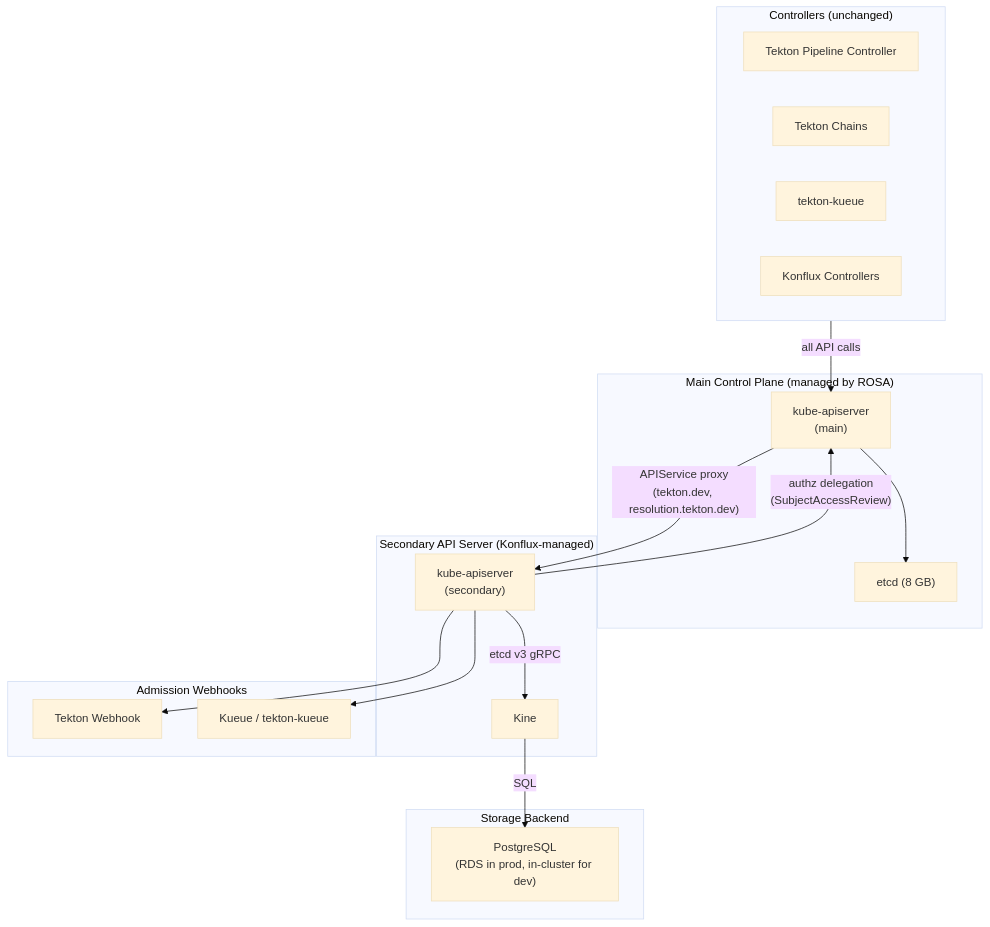
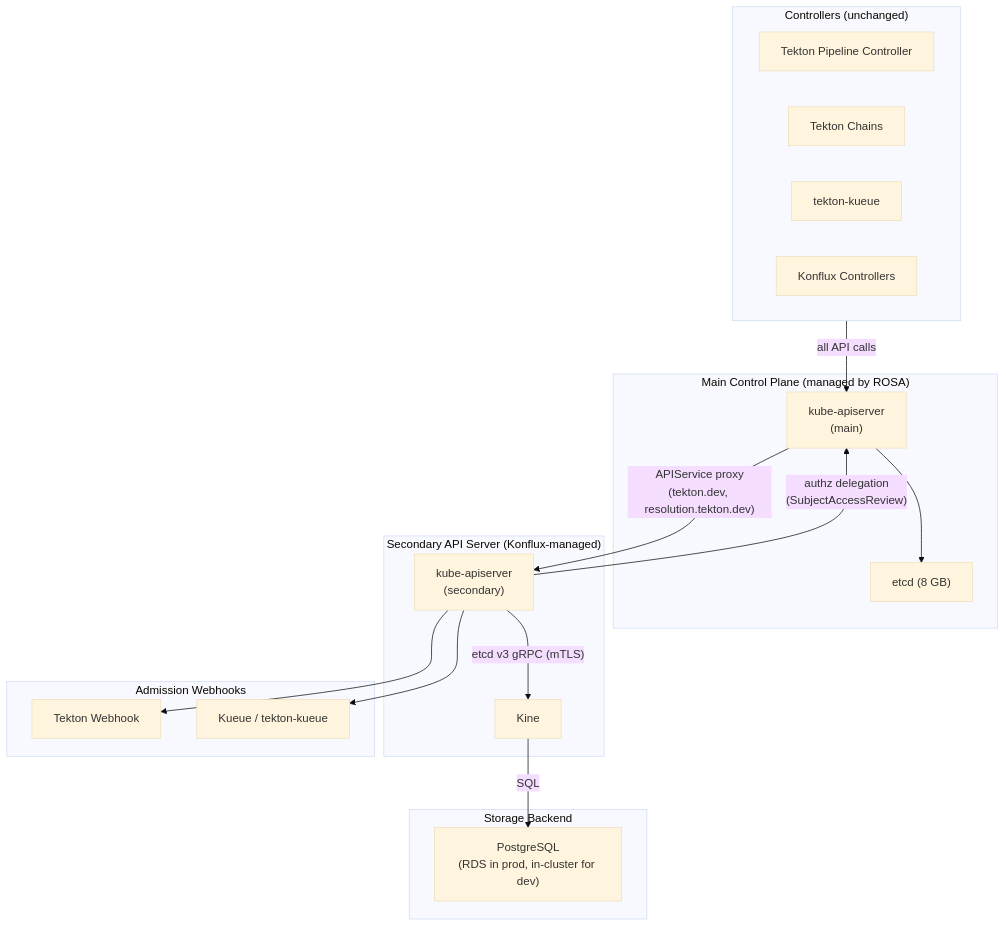
The diagram in docs/design.md (konflux-ci/kube-shard), drawn with Mermaid (base theme) before and after one commit. The commit also changed other lines of this file and 3 other files, not shown here.

````diff
--- a/docs/design.md
+++ b/docs/design.md
@@ -19,38 +19,38 @@
 ```mermaid
 flowchart TB
     subgraph mainCP ["Main Control Plane (managed by ROSA)"]
         mainKAS["kube-apiserver<br/>(main)"]
         etcd["etcd (8 GB)"]
         mainKAS --> etcd
     end
 
     subgraph secondaryCP ["Secondary API Server (Konflux-managed)"]
         secKAS["kube-apiserver<br/>(secondary)"]
         kine["Kine"]
-        secKAS -->|"etcd v3 gRPC"| kine
+        secKAS -->|"etcd v3 gRPC (mTLS)"| kine
     end
 
     subgraph storage ["Storage Backend"]
         pg["PostgreSQL<br/>(RDS in prod, in-cluster for dev)"]
         kine -->|"SQL"| pg
     end
 
     subgraph webhooks ["Admission Webhooks"]
         tektonWH["Tekton Webhook"]
         kueueWH["Kueue / tekton-kueue"]
     end
 
     mainKAS -->|"APIService proxy<br/>(tekton.dev, resolution.tekton.dev)"| secKAS
     secKAS -->|"authz delegation<br/>(SubjectAccessReview)"| mainKAS
     secKAS --> tektonWH
     secKAS --> kueueWH
 
     subgraph controllers ["Controllers (unchanged)"]
         tektonCtrl["Tekton Pipeline Controller"]
         chainsCtrl["Tekton Chains"]
         kueueCtrl["tekton-kueue"]
         konfluxCtrl["Konflux Controllers"]
     end
 
     controllers -->|"all API calls"| mainKAS
 ```
````
